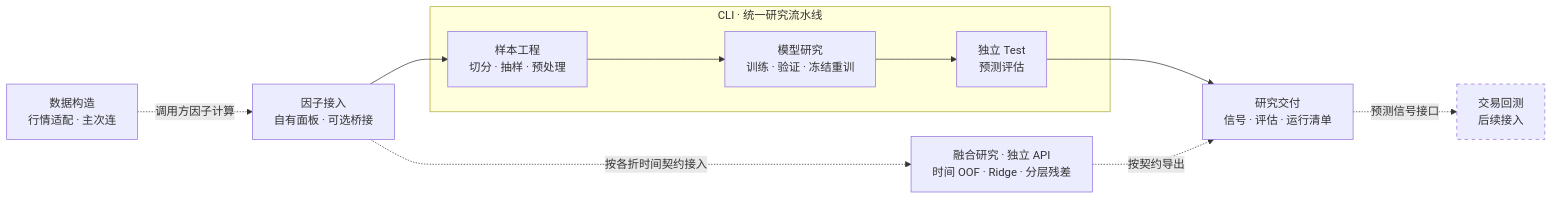
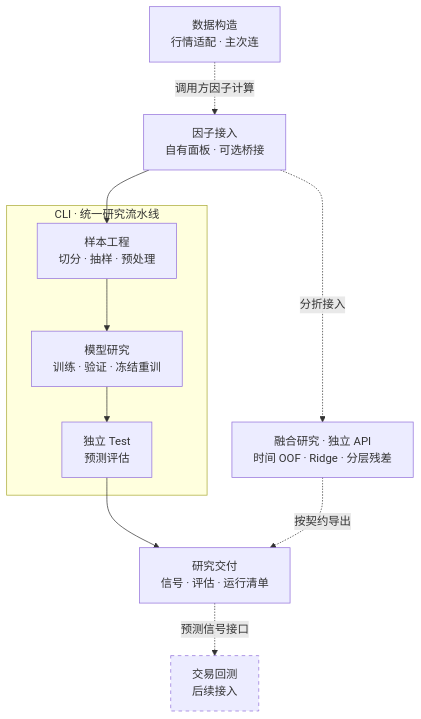
The diagram in README.md (meijiahao003-prog/Quant-Display), drawn with Mermaid before and after one commit.

Commit message:
Keep architecture diagram readable in narrow repository views

````diff
--- a/README.md
+++ b/README.md
@@ -15,21 +15,21 @@
 ```mermaid
-flowchart LR
+flowchart TB
     D["数据构造<br/>行情适配 · 主次连"]
     F["因子接入<br/>自有面板 · 可选桥接"]
     subgraph CLI["CLI · 统一研究流水线"]
         P["样本工程<br/>切分 · 抽样 · 预处理"]
         M["模型研究<br/>训练 · 验证 · 冻结重训"]
         T["独立 Test<br/>预测评估"]
         P --> M --> T
     end
     R["融合研究 · 独立 API<br/>时间 OOF · Ridge · 分层残差"]
     O["研究交付<br/>信号 · 评估 · 运行清单"]
     B["交易回测<br/>后续接入"]
     D -. "调用方因子计算" .-> F
     F --> P
     T --> O
-    F -. "按各折时间契约接入" .-> R
+    F -. "分折接入" .-> R
     R -. "按契约导出" .-> O
     O -. "预测信号接口" .-> B
     style B stroke-dasharray: 5 5
 ```
````
